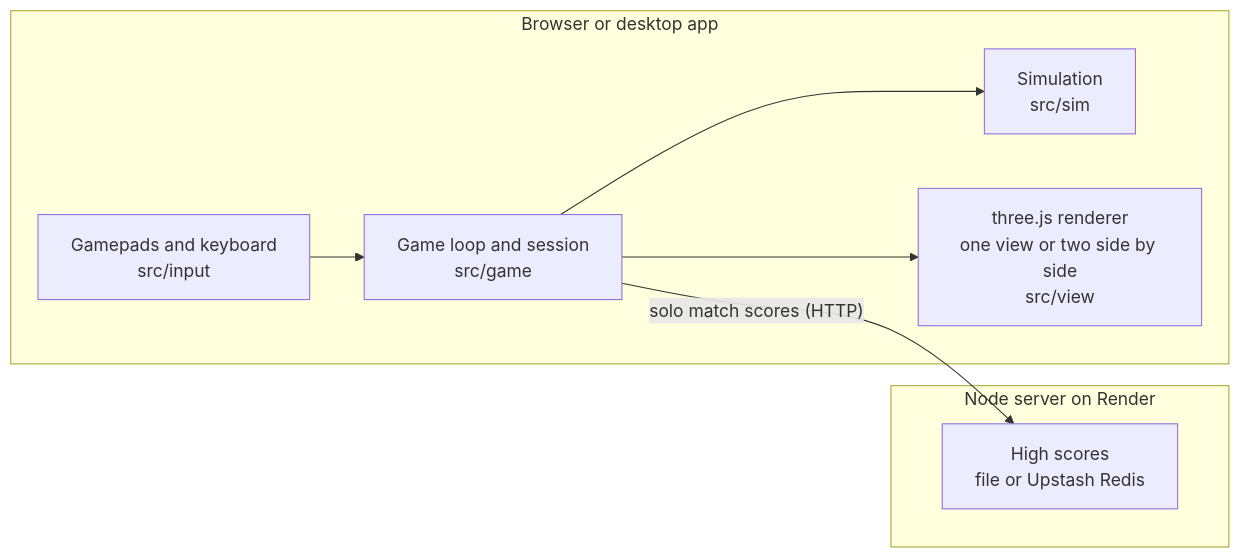
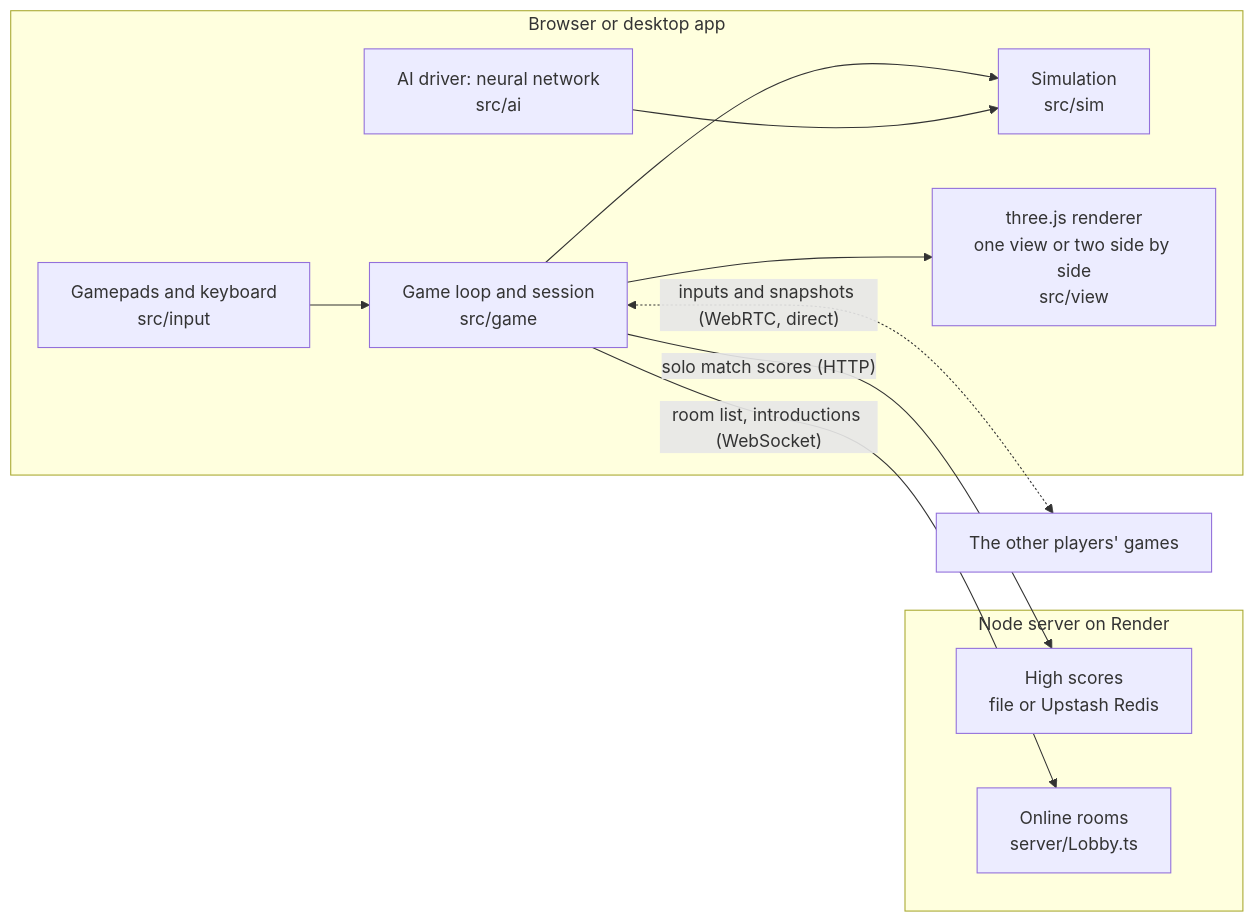
Before and after one commit to AendeGitHub/UrSimulator: the diagram in README.md, drawn with Mermaid. The commit also changed other lines of this file and 186 other files, not shown here.

````diff
--- a/README.md
+++ b/README.md
@@ -47,12 +47,16 @@
 ```mermaid
 flowchart LR
   subgraph Client["Browser or desktop app"]
     Input["Gamepads and keyboard<br/>src/input"] --> Game["Game loop and session<br/>src/game"]
     Game --> Sim["Simulation<br/>src/sim"]
+    AI["AI driver: neural network<br/>src/ai"] --> Sim
     Game --> View["three.js renderer<br/>one view or two side by side<br/>src/view"]
   end
   subgraph Server["Node server on Render"]
     Records["High scores<br/>file or Upstash Redis"]
+    Lobby["Online rooms<br/>server/Lobby.ts"]
   end
   Game -- "solo match scores (HTTP)" --> Records
+  Game -- "room list, introductions (WebSocket)" --> Lobby
+  Game <-. "inputs and snapshots (WebRTC, direct)" .-> Other["The other players' games"]
 ```
````
